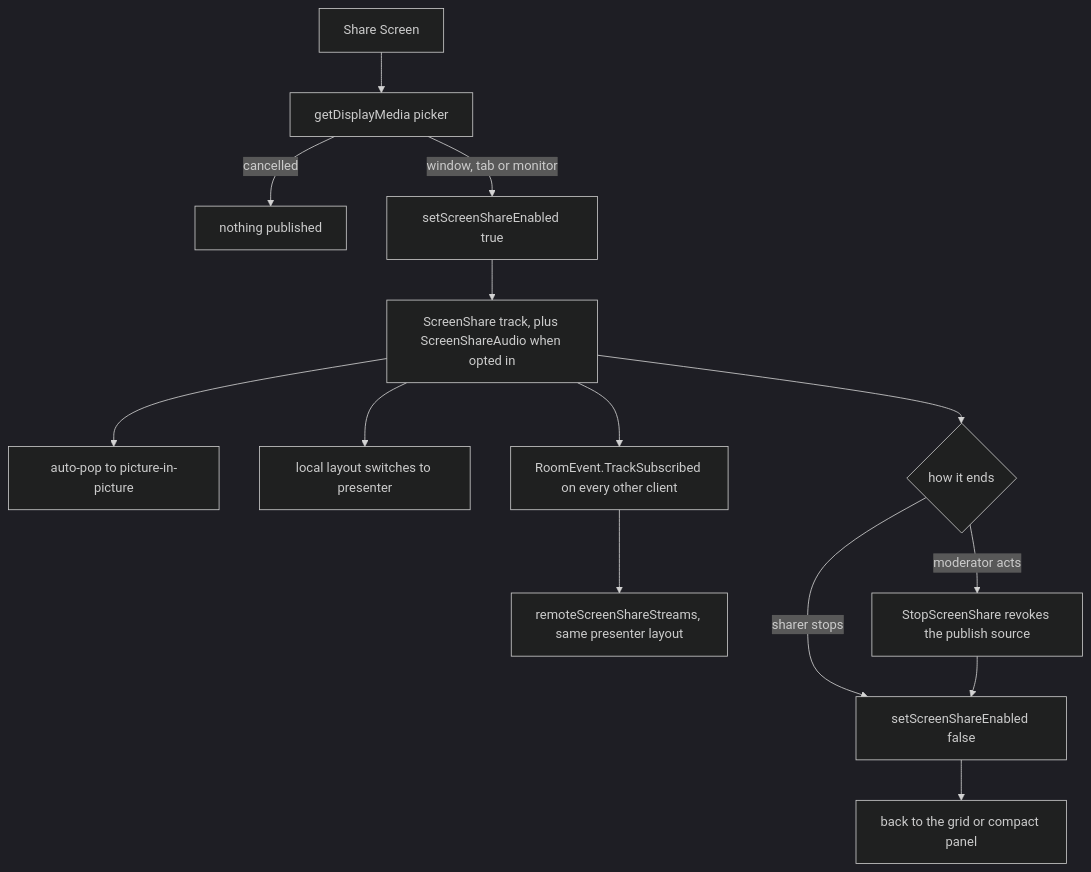
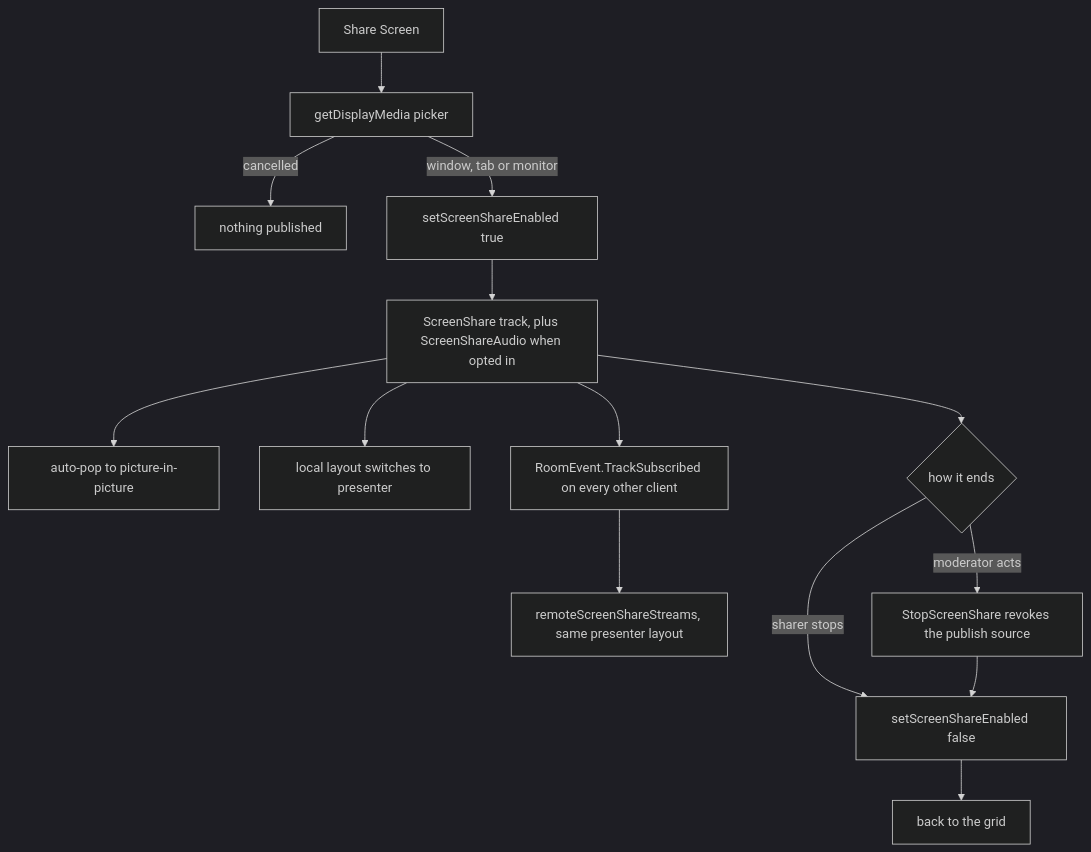
One commit to Esposter/Esposter changed the diagram in apps/web/content/docs/esbabbler/calls/screenshare.md. Above: the diagram before and after it, drawn with Mermaid (dark theme). The commit also changed other lines of this file and 11 other files, not shown here.

````diff
--- a/apps/web/content/docs/esbabbler/calls/screenshare.md
+++ b/apps/web/content/docs/esbabbler/calls/screenshare.md
@@ -20,16 +20,16 @@
 ```mermaid
 flowchart TD
   BUTTON["Share Screen"] --> PICKER["getDisplayMedia picker"]
   PICKER -->|"cancelled"| NOTHING["nothing published"]
   PICKER -->|"window, tab or monitor"| PUBLISH["setScreenShareEnabled true"]
   PUBLISH --> TRACK["ScreenShare track, plus ScreenShareAudio when opted in"]
   TRACK --> PIP["auto-pop to picture-in-picture"]
   TRACK --> LOCAL["local layout switches to presenter"]
   TRACK --> REMOTE["RoomEvent.TrackSubscribed on every other client"]
   REMOTE --> REMOTELAYOUT["remoteScreenShareStreams, same presenter layout"]
   TRACK --> STOP{"how it ends"}
   STOP -->|"sharer stops"| UNPUBLISH["setScreenShareEnabled false"]
   STOP -->|"moderator acts"| ADMIN["StopScreenShare revokes the publish source"]
   ADMIN --> UNPUBLISH
-  UNPUBLISH --> REVERT["back to the grid or compact panel"]
+  UNPUBLISH --> REVERT["back to the grid"]
 ```
````
